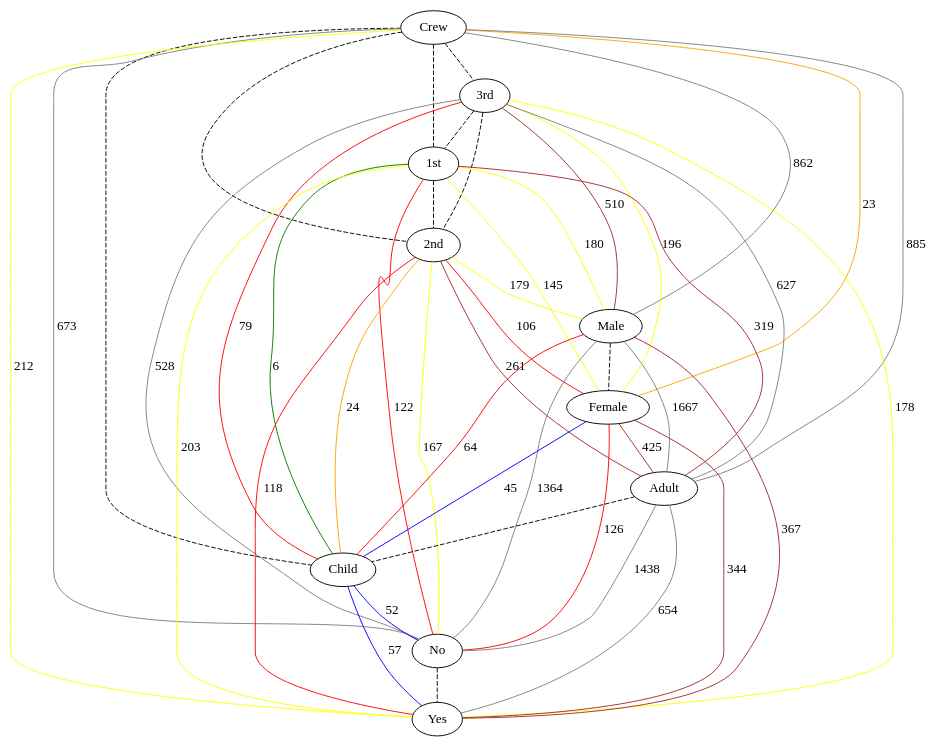
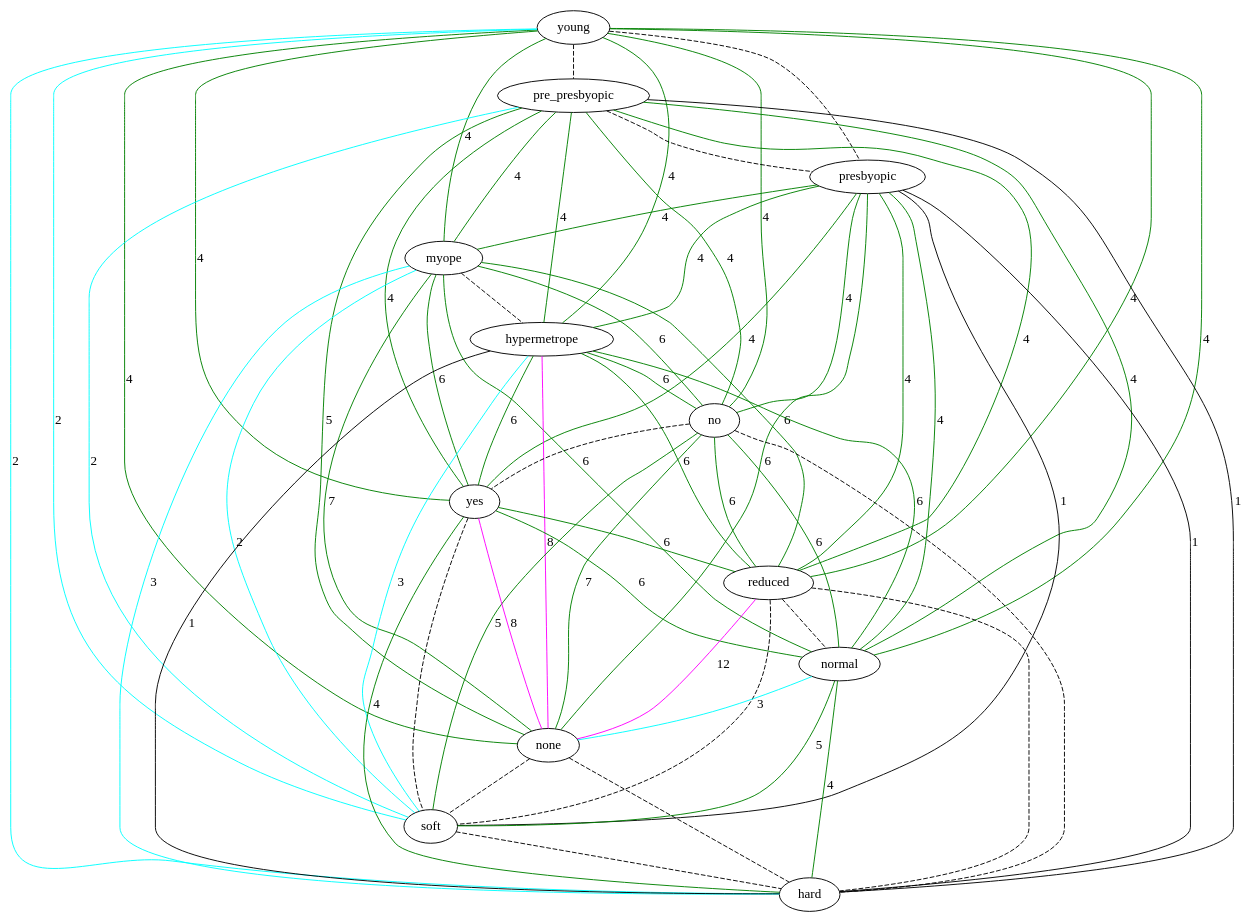
The diagram in src/final/exponentialGraph.dot (lrodrin/TFG), drawn with Graphviz before and after one commit. The commit also changed 11 other files, not shown here.

```diff
--- a/src/final/exponentialGraph.dot
+++ b/src/final/exponentialGraph.dot
@@ -1,57 +1,80 @@
 strict graph "" {
-Crew;
-"3rd";
-"1st";
-"2nd";
-Male;
-Female;
-Adult;
-Child;
-No;
-Yes;
-Crew -- "3rd"  [color=black, style=dashed];
-Crew -- "1st"  [color=black, style=dashed];
-Crew -- "2nd"  [color=black, style=dashed];
-Crew -- Male  [color=grey, label=862, style=solid];
-Crew -- Female  [color=orange, label=23, style=solid];
-Crew -- Adult  [color=grey, label=885, style=solid];
-Crew -- Child  [color=black, style=dashed];
-Crew -- No  [color=grey, label=673, style=solid];
-Crew -- Yes  [color=yellow, label=212, style=solid];
-"3rd" -- "1st"  [color=black, style=dashed];
-"3rd" -- "2nd"  [color=black, style=dashed];
-"3rd" -- Male  [color=brown, label=510, style=solid];
-"3rd" -- Female  [color=yellow, label=196, style=solid];
-"3rd" -- Adult  [color=grey, label=627, style=solid];
-"3rd" -- Child  [color=red, label=79, style=solid];
-"3rd" -- No  [color=grey, label=528, style=solid];
-"3rd" -- Yes  [color=yellow, label=178, style=solid];
-"1st" -- "2nd"  [color=black, style=dashed];
-"1st" -- Male  [color=yellow, label=180, style=solid];
-"1st" -- Female  [color=yellow, label=145, style=solid];
-"1st" -- Adult  [color=brown, label=319, style=solid];
-"1st" -- Child  [color=green, label=6, style=solid];
-"1st" -- No  [color=red, label=122, style=solid];
-"1st" -- Yes  [color=yellow, label=203, style=solid];
-"2nd" -- Male  [color=yellow, label=179, style=solid];
-"2nd" -- Female  [color=red, label=106, style=solid];
-"2nd" -- Adult  [color=brown, label=261, style=solid];
-"2nd" -- Child  [color=orange, label=24, style=solid];
-"2nd" -- No  [color=yellow, label=167, style=solid];
-"2nd" -- Yes  [color=red, label=118, style=solid];
-Male -- Female  [color=black, style=dashed];
-Male -- Adult  [color=grey, label=1667, style=solid];
-Male -- Child  [color=red, label=64, style=solid];
-Male -- No  [color=grey, label=1364, style=solid];
-Male -- Yes  [color=brown, label=367, style=solid];
-Female -- Adult  [color=brown, label=425, style=solid];
-Female -- Child  [color=blue, label=45, style=solid];
-Female -- No  [color=red, label=126, style=solid];
-Female -- Yes  [color=brown, label=344, style=solid];
-Adult -- Child  [color=black, style=dashed];
-Adult -- No  [color=grey, label=1438, style=solid];
-Adult -- Yes  [color=grey, label=654, style=solid];
-Child -- No  [color=blue, label=52, style=solid];
-Child -- Yes  [color=blue, label=57, style=solid];
-No -- Yes  [color=black, style=dashed];
+young;
+pre_presbyopic;
+presbyopic;
+myope;
+hypermetrope;
+no;
+yes;
+reduced;
+normal;
+none;
+soft;
+hard;
+young -- pre_presbyopic  [color=black, style=dashed];
+young -- presbyopic  [color=black, style=dashed];
+young -- myope  [color=green, label=4, style=solid];
+young -- hypermetrope  [color=green, label=4, style=solid];
+young -- no  [color=green, label=4, style=solid];
+young -- yes  [color=green, label=4, style=solid];
+young -- reduced  [color=green, label=4, style=solid];
+young -- normal  [color=green, label=4, style=solid];
+young -- none  [color=green, label=4, style=solid];
+young -- soft  [color=cyan, label=2, style=solid];
+young -- hard  [color=cyan, label=2, style=solid];
+pre_presbyopic -- presbyopic  [color=black, style=dashed];
+pre_presbyopic -- myope  [color=green, label=4, style=solid];
+pre_presbyopic -- hypermetrope  [color=green, label=4, style=solid];
+pre_presbyopic -- no  [color=green, label=4, style=solid];
+pre_presbyopic -- yes  [color=green, label=4, style=solid];
+pre_presbyopic -- reduced  [color=green, label=4, style=solid];
+pre_presbyopic -- normal  [color=green, label=4, style=solid];
+pre_presbyopic -- none  [color=green, label=5, style=solid];
+pre_presbyopic -- soft  [color=cyan, label=2, style=solid];
+pre_presbyopic -- hard  [color=black, label=1, style=solid];
+presbyopic -- myope  [color=green, label=4, style=solid];
+presbyopic -- hypermetrope  [color=green, label=4, style=solid];
+presbyopic -- no  [color=green, label=4, style=solid];
+presbyopic -- yes  [color=green, label=4, style=solid];
+presbyopic -- reduced  [color=green, label=4, style=solid];
+presbyopic -- normal  [color=green, label=4, style=solid];
+presbyopic -- none  [color=green, label=6, style=solid];
+presbyopic -- soft  [color=black, label=1, style=solid];
+presbyopic -- hard  [color=black, label=1, style=solid];
+myope -- hypermetrope  [color=black, style=dashed];
+myope -- no  [color=green, label=6, style=solid];
+myope -- yes  [color=green, label=6, style=solid];
+myope -- reduced  [color=green, label=6, style=solid];
+myope -- normal  [color=green, label=6, style=solid];
+myope -- none  [color=green, label=7, style=solid];
+myope -- soft  [color=cyan, label=2, style=solid];
+myope -- hard  [color=cyan, label=3, style=solid];
+hypermetrope -- no  [color=green, label=6, style=solid];
+hypermetrope -- yes  [color=green, label=6, style=solid];
+hypermetrope -- reduced  [color=green, label=6, style=solid];
+hypermetrope -- normal  [color=green, label=6, style=solid];
+hypermetrope -- none  [color=magenta, label=8, style=solid];
+hypermetrope -- soft  [color=cyan, label=3, style=solid];
+hypermetrope -- hard  [color=black, label=1, style=solid];
+no -- yes  [color=black, style=dashed];
+no -- reduced  [color=green, label=6, style=solid];
+no -- normal  [color=green, label=6, style=solid];
+no -- none  [color=green, label=7, style=solid];
+no -- soft  [color=green, label=5, style=solid];
+no -- hard  [color=black, style=dashed];
+yes -- reduced  [color=green, label=6, style=solid];
+yes -- normal  [color=green, label=6, style=solid];
+yes -- none  [color=magenta, label=8, style=solid];
+yes -- soft  [color=black, style=dashed];
+yes -- hard  [color=green, label=4, style=solid];
+reduced -- normal  [color=black, style=dashed];
+reduced -- none  [color=magenta, label=12, style=solid];
+reduced -- soft  [color=black, style=dashed];
+reduced -- hard  [color=black, style=dashed];
+normal -- none  [color=cyan, label=3, style=solid];
+normal -- soft  [color=green, label=5, style=solid];
+normal -- hard  [color=green, label=4, style=solid];
+none -- soft  [color=black, style=dashed];
+none -- hard  [color=black, style=dashed];
+soft -- hard  [color=black, style=dashed];
 }
```
